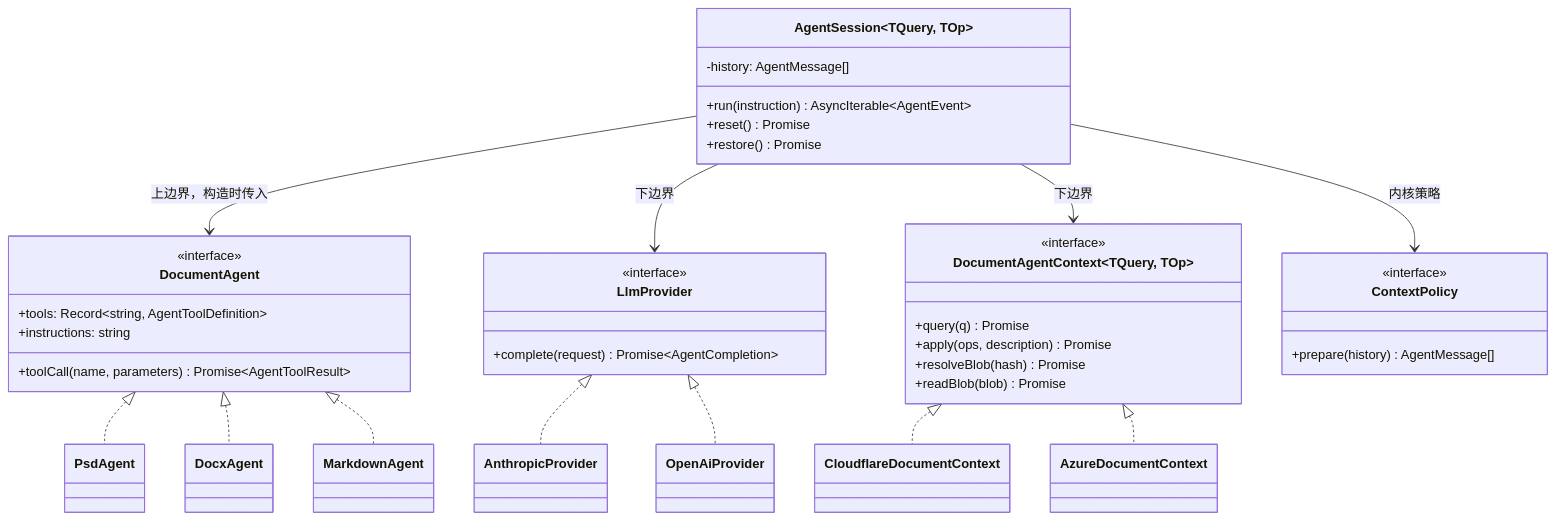
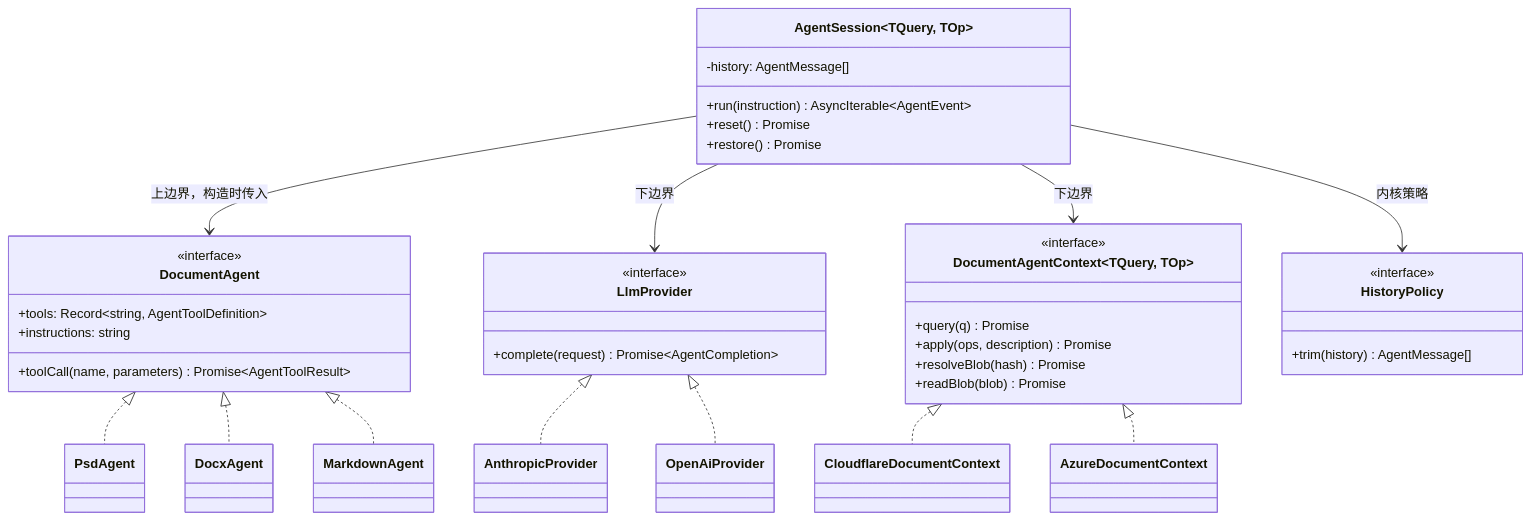
One commit to shazhou-ww/unidocs changed the fifth of 15 diagrams in docs/superpowers/specs/2026-08-26-agent-sdk-design.md. Above: the diagram before and after it, drawn with Mermaid. The commit also changed other lines of this file, not shown here.

First line of the commit message:
docs(agent-sdk): ContextPolicy 改名 HistoryPolicy,避免与 DocumentAgentContext 撞名

````diff
--- a/docs/superpowers/specs/2026-08-26-agent-sdk-design.md
+++ b/docs/superpowers/specs/2026-08-26-agent-sdk-design.md
@@ -380,55 +382,55 @@
 ```mermaid
 classDiagram
     class DocumentAgent {
         <<interface>>
         +tools: Record~string, AgentToolDefinition~
         +instructions: string
         +toolCall(name, parameters) Promise~AgentToolResult~
     }
 
     class PsdAgent
     class DocxAgent
     class MarkdownAgent
 
     class AgentSession~TQuery, TOp~ {
         -history: AgentMessage[]
         +run(instruction) AsyncIterable~AgentEvent~
         +reset() Promise
         +restore() Promise
     }
 
     class LlmProvider {
         <<interface>>
         +complete(request) Promise~AgentCompletion~
     }
 
     class DocumentAgentContext~TQuery, TOp~ {
         <<interface>>
         +query(q) Promise
         +apply(ops, description) Promise
         +resolveBlob(hash) Promise
         +readBlob(blob) Promise
     }
 
-    class ContextPolicy {
+    class HistoryPolicy {
         <<interface>>
-        +prepare(history) AgentMessage[]
+        +trim(history) AgentMessage[]
     }
 
     class AnthropicProvider
     class OpenAiProvider
     class CloudflareDocumentContext
     class AzureDocumentContext
 
     AgentSession --> DocumentAgent : 上边界，构造时传入
     AgentSession --> LlmProvider : 下边界
     AgentSession --> DocumentAgentContext : 下边界
-    AgentSession --> ContextPolicy : 内核策略
+    AgentSession --> HistoryPolicy : 内核策略
     DocumentAgent <|.. PsdAgent
     DocumentAgent <|.. DocxAgent
     DocumentAgent <|.. MarkdownAgent
     LlmProvider <|.. AnthropicProvider
     LlmProvider <|.. OpenAiProvider
     DocumentAgentContext <|.. CloudflareDocumentContext
     DocumentAgentContext <|.. AzureDocumentContext
 ```
````
